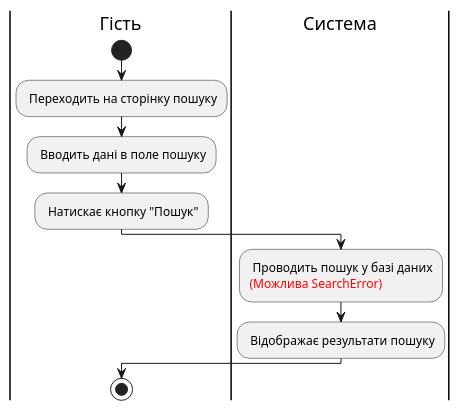
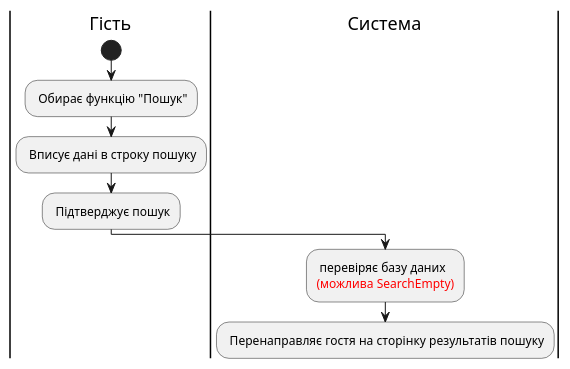
One commit to ADPKPI/test-mon changed the second of 13 diagrams in docs/README.md. Above: the diagram before and after it, drawn with PlantUML. The commit also changed other lines of this file, not shown here.

```diff
--- a/docs/README.md
+++ b/docs/README.md
@@ -1,17 +43,12 @@
 @startuml
+    |Гість|
+    start;
+    : Обирає функцію "Пошук";
+    : Вписує дані в строку пошуку;
+    : Підтверджує пошук;
 
-|Гість|
-start;
-: Переходить на сторінку пошуку;
-: Вводить дані в поле пошуку;
-: Натискає кнопку "Пошук";
-
-|Система|
-: Проводить пошук у базі даних
-<font color="red">(Можлива SearchError)</font>;
-: Відображає результати пошуку;
-
-|Гість|
-stop;
-
+    |Система|
+    : перевіряє базу даних
+    <font color="red">(можлива SearchEmpty)</font>;
+    : Перенаправляє гостя на сторінку результатів пошуку;
 @enduml
```
